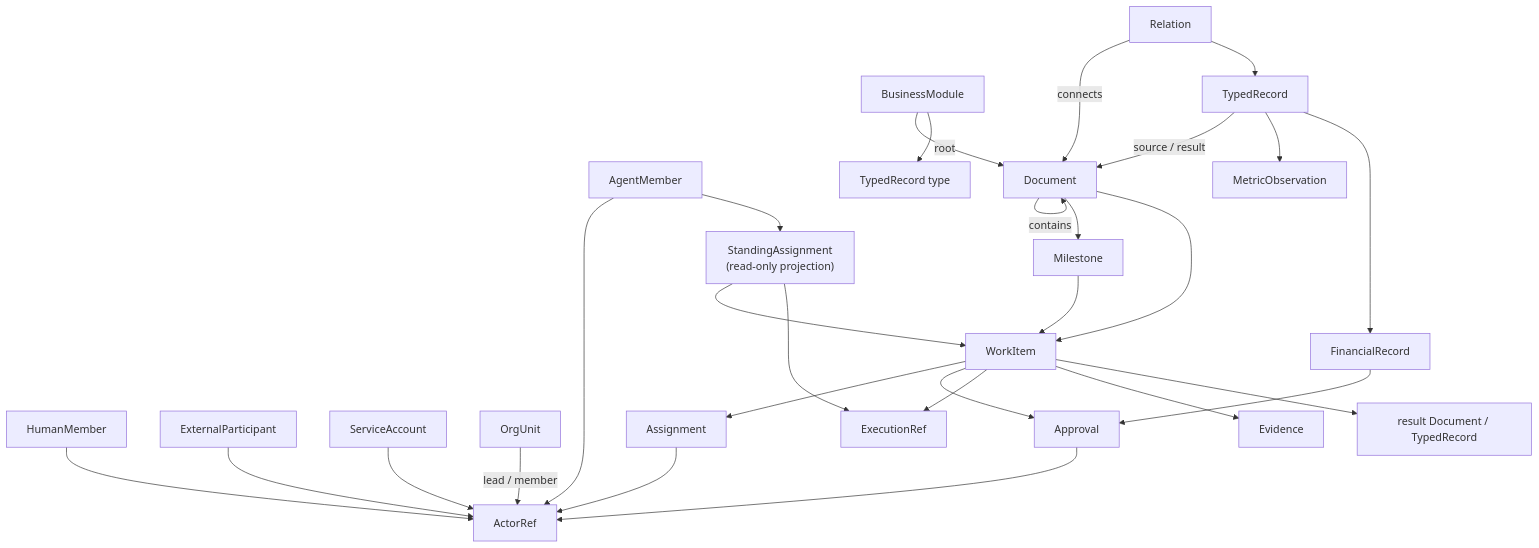
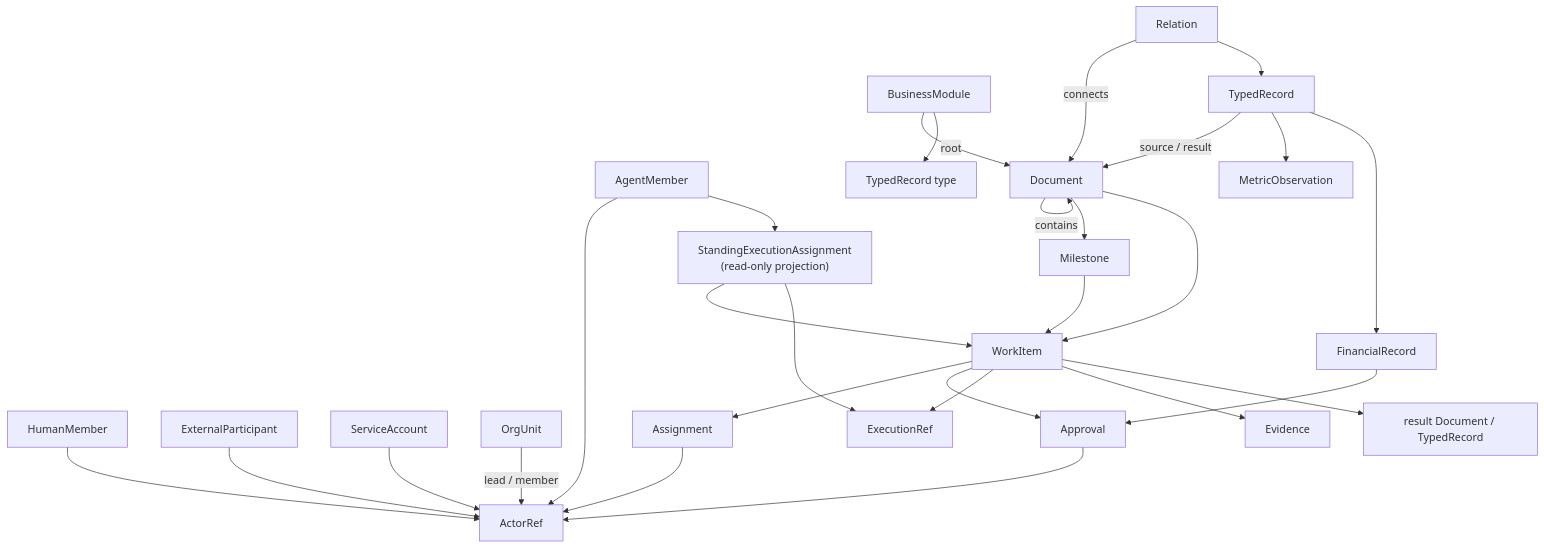
The diagram in docs/company-os/concept-model.md (cyl19970726/multi-agent-harness), drawn with Mermaid before and after one commit. The commit also changed other lines of this file and 127 other files, not shown here.

````diff
--- a/docs/company-os/concept-model.md
+++ b/docs/company-os/concept-model.md
@@ -24,33 +24,33 @@
 ```mermaid
 flowchart TD
   Human["HumanMember"] --> Actor["ActorRef"]
   Agent["AgentMember"] --> Actor
   External["ExternalParticipant"] --> Actor
   Service["ServiceAccount"] --> Actor
 
   Org["OrgUnit"] -->|"lead / member"| Actor
   Doc["Document"] -->|"contains"| Doc
   Module["BusinessModule"] -->|"root"| Doc
   Module --> Type["TypedRecord type"]
   Record["TypedRecord"] -->|"source / result"| Doc
   Relation["Relation"] -->|"connects"| Doc
   Relation --> Record
 
   Doc --> Milestone["Milestone"]
   Milestone --> Work["WorkItem"]
   Doc --> Work
   Work --> Assignment["Assignment"]
   Assignment --> Actor
   Work --> Approval["Approval"]
   Approval --> Actor
   Work --> Exec["ExecutionRef"]
   Work --> Evidence["Evidence"]
   Work --> Result["result Document / TypedRecord"]
 
   Record --> Metric["MetricObservation"]
   Record --> Finance["FinancialRecord"]
   Finance --> Approval
-  Agent --> Standing["StandingAssignment\n(read-only projection)"]
+  Agent --> Standing["StandingExecutionAssignment\n(read-only projection)"]
   Standing --> Work
   Standing --> Exec
 ```
````
